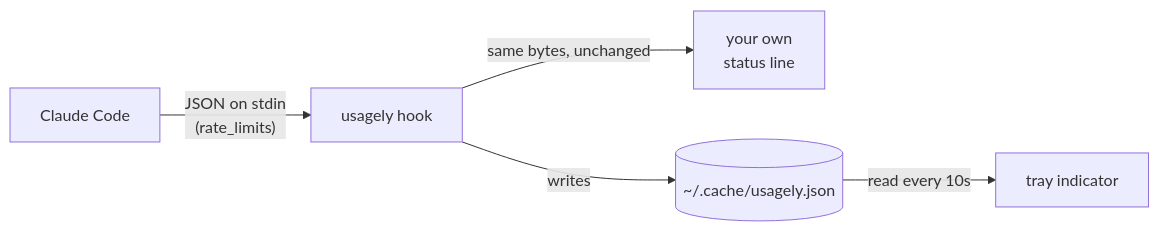
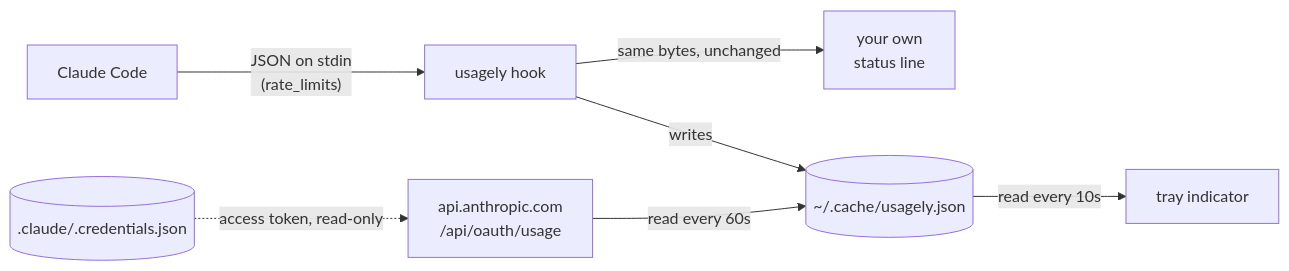
The diagram in README.md (omjogani/usagely), drawn with Mermaid before and after one commit. The commit also changed other lines of this file and 3 other files, not shown here.

Commit message:
add: oauth to capture the claude code usage

````diff
--- a/README.md
+++ b/README.md
@@ -32,7 +35,9 @@
 ```mermaid
 flowchart LR
     CC["Claude Code"] -- "JSON on stdin<br/>(rate_limits)" --> H["usagely hook"]
     H -- "same bytes, unchanged" --> SL["your own<br/>status line"]
     H -- "writes" --> C[("~/.cache/usagely.json")]
+    A["api.anthropic.com<br/>/api/oauth/usage"] -- "read every 60s" --> C
+    K[(".claude/.credentials.json")] -. "access token, read-only" .-> A
     C -- "read every 10s" --> T["tray indicator"]
 ```
````
